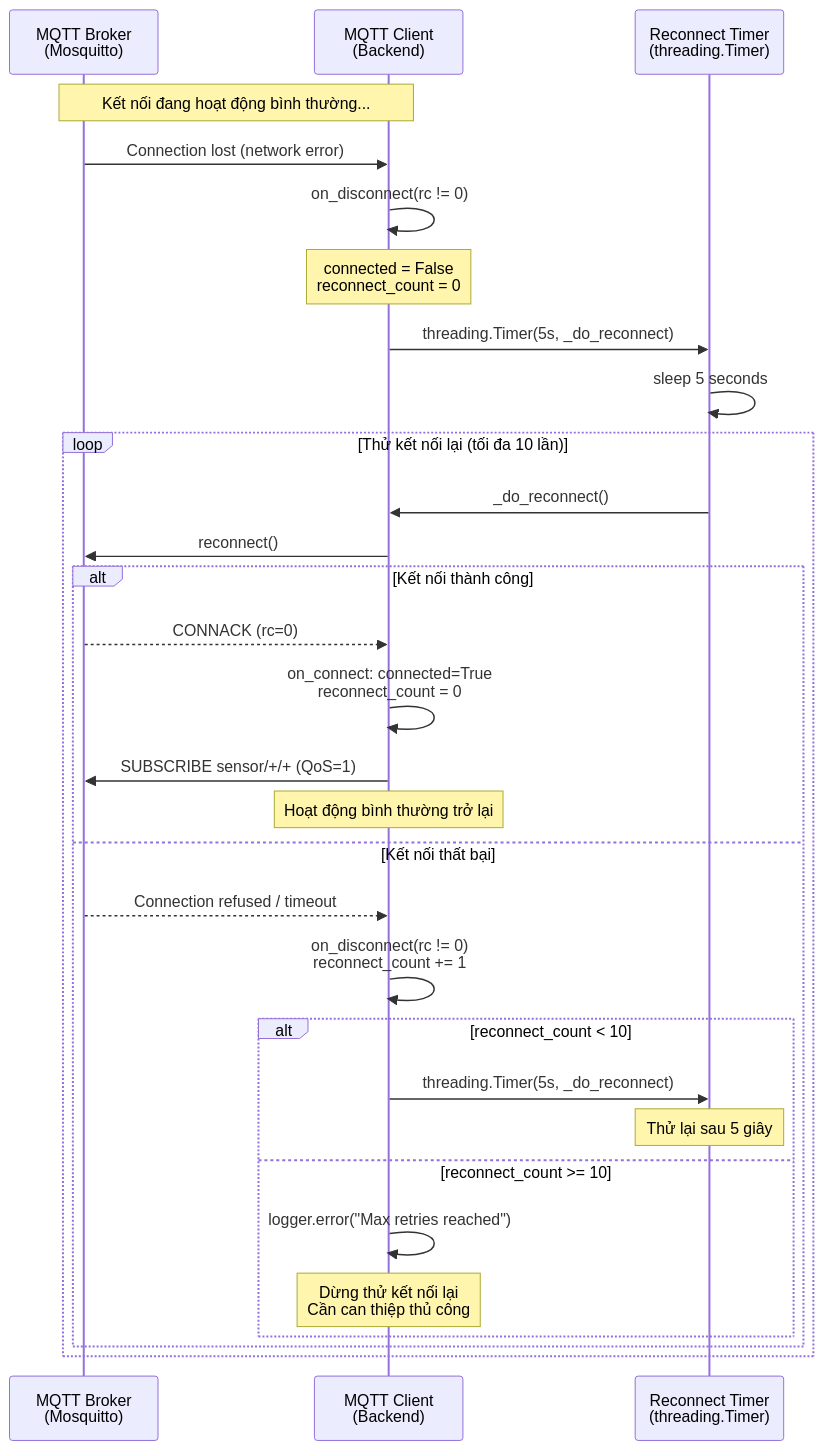
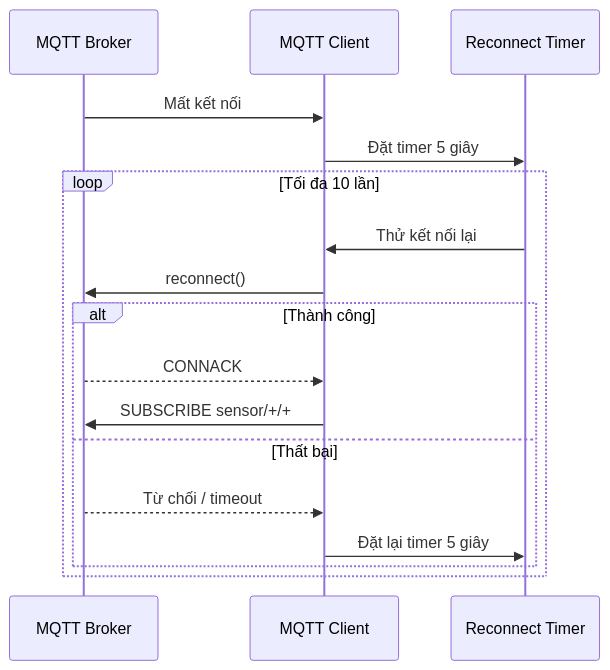
One commit to sson6926/BTL-HeTHongNhung changed the seventh of 7 diagrams in docs/sequence-diagrams.md. Above: the diagram before and after it, drawn with Mermaid. The commit also changed other lines of this file and 9 other files, not shown here.

````diff
--- a/docs/sequence-diagrams.md
+++ b/docs/sequence-diagrams.md
@@ -254,38 +155,22 @@
 ```mermaid
 sequenceDiagram
-    participant Broker as MQTT Broker<br/>(Mosquitto)
-    participant MQTT as MQTT Client<br/>(Backend)
-    participant Timer as Reconnect Timer<br/>(threading.Timer)
+    participant Broker as MQTT Broker
+    participant Client as MQTT Client
+    participant Timer as Reconnect Timer
 
-    Note over Broker,MQTT: Kết nối đang hoạt động bình thường...
+    Broker->>Client: Mất kết nối
+    Client->>Timer: Đặt timer 5 giây
 
-    Broker->>MQTT: Connection lost (network error)
-    MQTT->>MQTT: on_disconnect(rc != 0)
-    Note over MQTT: connected = False<br/>reconnect_count = 0
+    loop Tối đa 10 lần
+        Timer->>Client: Thử kết nối lại
+        Client->>Broker: reconnect()
 
-    MQTT->>Timer: threading.Timer(5s, _do_reconnect)
-    Timer->>Timer: sleep 5 seconds
-
-    loop Thử kết nối lại (tối đa 10 lần)
-        Timer->>MQTT: _do_reconnect()
-        MQTT->>Broker: reconnect()
-
-        alt Kết nối thành công
-            Broker-->>MQTT: CONNACK (rc=0)
-            MQTT->>MQTT: on_connect: connected=True<br/>reconnect_count = 0
-            MQTT->>Broker: SUBSCRIBE sensor/+/+ (QoS=1)
-            Note over MQTT: Hoạt động bình thường trở lại
-        else Kết nối thất bại
-            Broker-->>MQTT: Connection refused / timeout
-            MQTT->>MQTT: on_disconnect(rc != 0)<br/>reconnect_count += 1
-
-            alt reconnect_count < 10
-                MQTT->>Timer: threading.Timer(5s, _do_reconnect)
-                Note over Timer: Thử lại sau 5 giây
-            else reconnect_count >= 10
-                MQTT->>MQTT: logger.error("Max retries reached")
-                Note over MQTT: Dừng thử kết nối lại<br/>Cần can thiệp thủ công
-            end
+        alt Thành công
+            Broker-->>Client: CONNACK
+            Client->>Broker: SUBSCRIBE sensor/+/+
+        else Thất bại
+            Broker-->>Client: Từ chối / timeout
+            Client->>Timer: Đặt lại timer 5 giây
         end
     end
 ```
````
